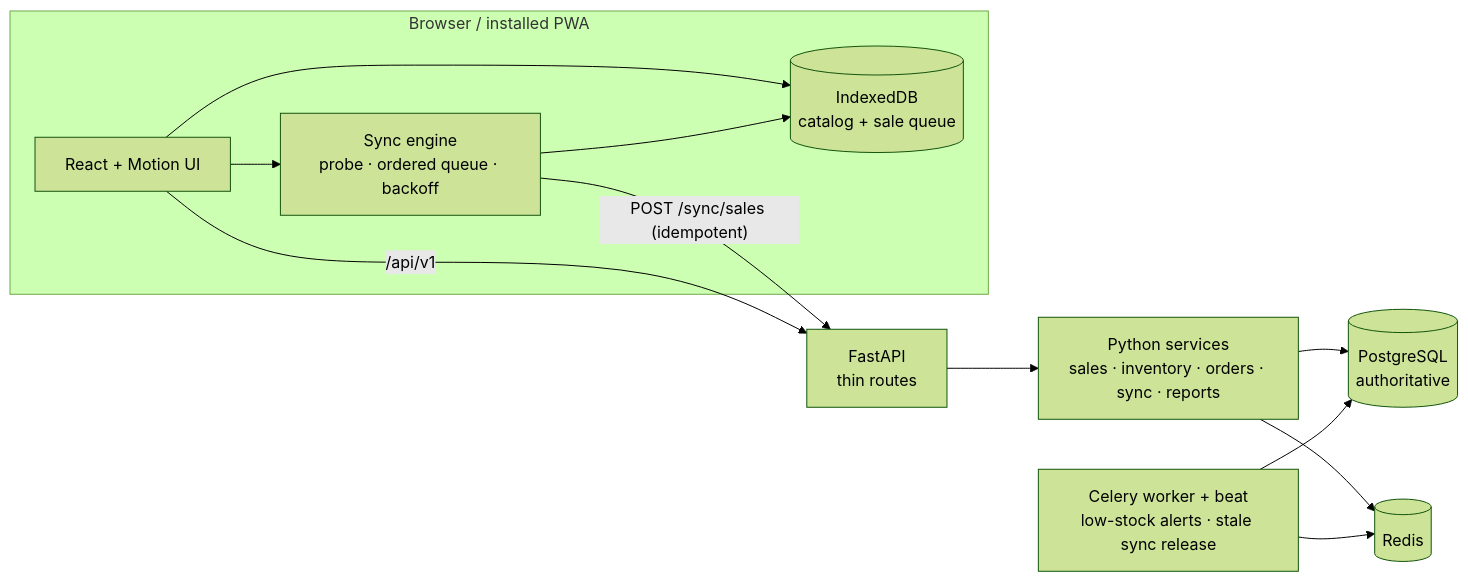
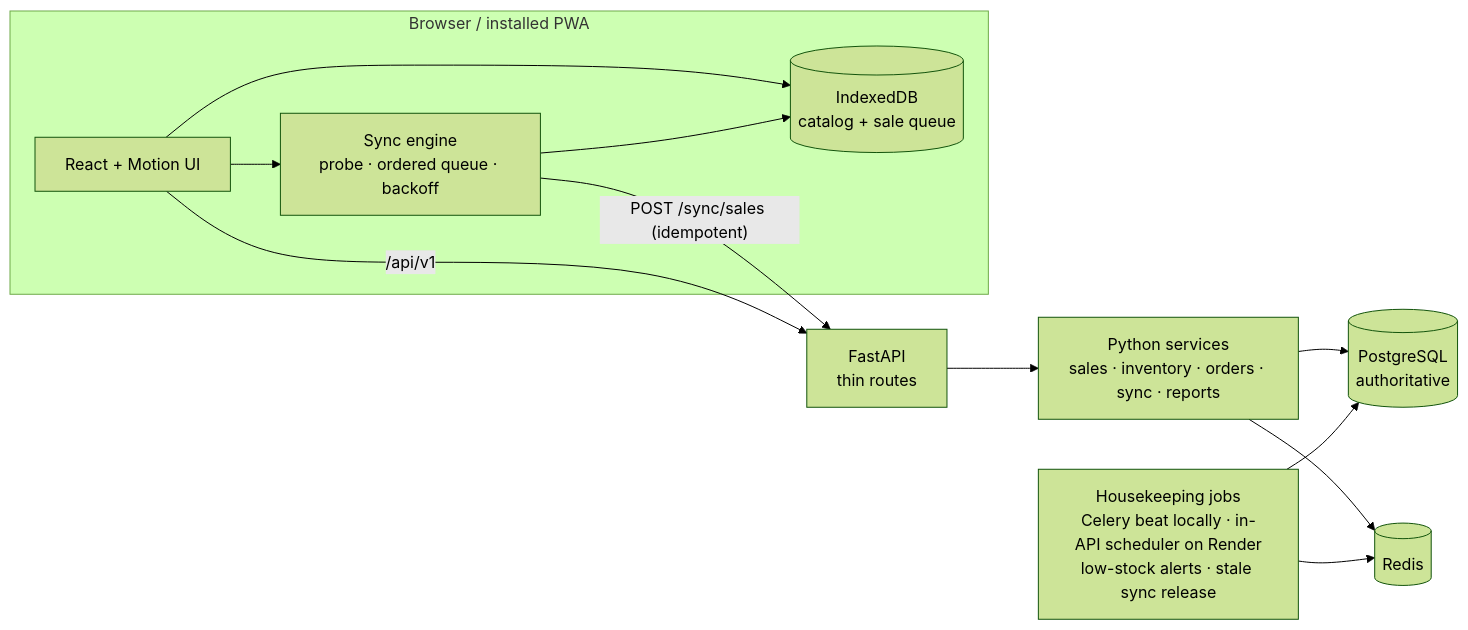
Before and after one commit to AbrarUI12/RetailOps_BD: the diagram in README.md, drawn with Mermaid (forest theme). The commit also changed 8 other files, not shown here.

First line of the commit message:
feat(deploy): run housekeeping jobs in the API on the free Render plan

````diff
--- a/README.md
+++ b/README.md
@@ -34,15 +34,15 @@
 ```mermaid
 flowchart LR
   subgraph Browser["Browser / installed PWA"]
     UI["React + Motion UI"] --> Q[("IndexedDB<br/>catalog + sale queue")]
     UI --> SE["Sync engine<br/>probe · ordered queue · backoff"]
     SE --> Q
   end
   SE -->|"POST /sync/sales (idempotent)"| API
   UI -->|"/api/v1"| API["FastAPI<br/>thin routes"]
   API --> SVC["Python services<br/>sales · inventory · orders · sync · reports"]
   SVC --> PG[("PostgreSQL<br/>authoritative")]
   SVC --> R[("Redis")]
-  W["Celery worker + beat<br/>low-stock alerts · stale sync release"] --> R
+  W["Housekeeping jobs<br/>Celery beat locally · in-API scheduler on Render<br/>low-stock alerts · stale sync release"] --> R
   W --> PG
 ```
````
